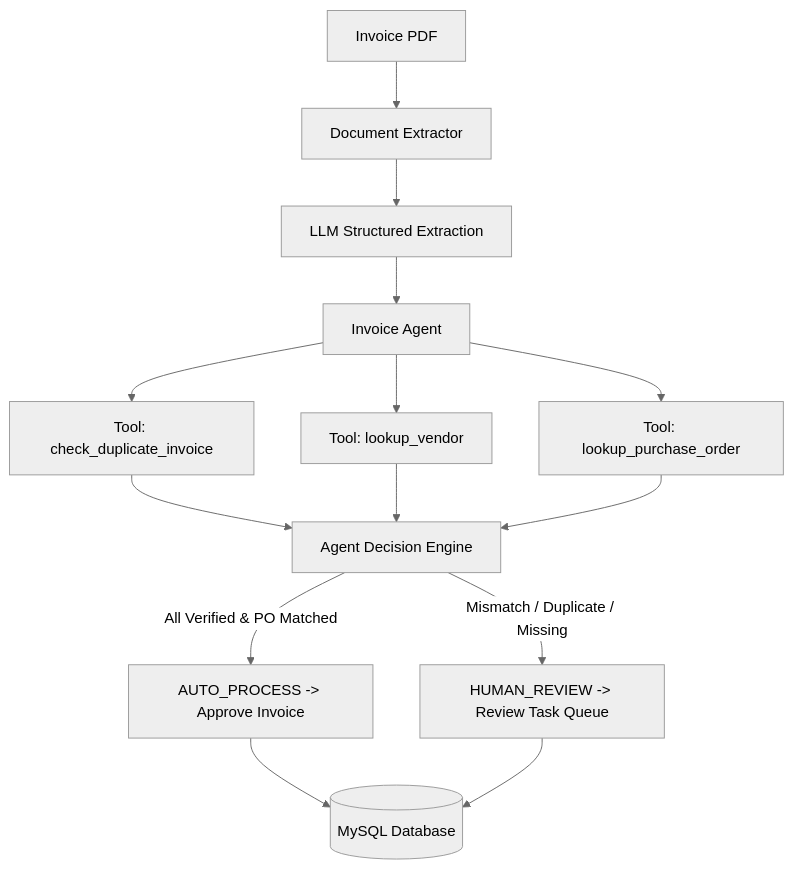
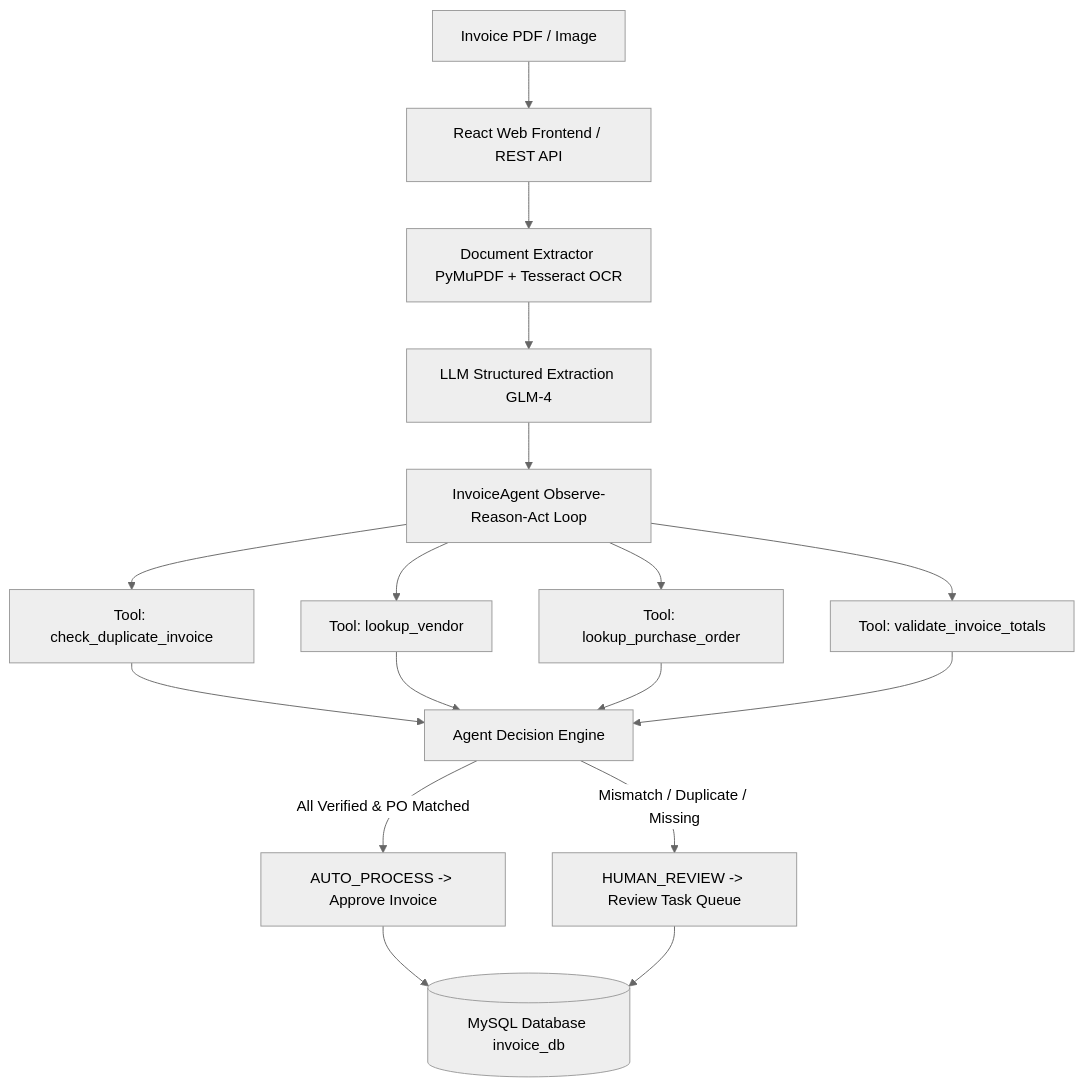
The diagram in README.md (Nekilesh001/invoice-processing-workflow), drawn with Mermaid (neutral theme) before and after one commit. The commit also changed other lines of this file, not shown here.

Commit message:
docs: update README with React Web Frontend and WebGL 3D Prism documentation

````diff
--- a/README.md
+++ b/README.md
@@ -46,20 +30,23 @@
 ```mermaid
 flowchart TD
-    A[Invoice PDF] --> B[Document Extractor]
-    B --> C[LLM Structured Extraction]
-    C --> D[Invoice Agent]
+    A[Invoice PDF / Image] --> B[React Web Frontend / REST API]
+    B --> C[Document Extractor PyMuPDF + Tesseract OCR]
+    C --> D[LLM Structured Extraction GLM-4]
+    D --> E[InvoiceAgent Observe-Reason-Act Loop]
     
-    D --> E[Tool: check_duplicate_invoice]
-    D --> F[Tool: lookup_vendor]
-    D --> G[Tool: lookup_purchase_order]
+    E --> F[Tool: check_duplicate_invoice]
+    E --> G[Tool: lookup_vendor]
+    E --> H[Tool: lookup_purchase_order]
+    E --> I[Tool: validate_invoice_totals]
     
-    E --> H[Agent Decision Engine]
-    F --> H
-    G --> H
+    F --> J[Agent Decision Engine]
+    G --> J
+    H --> J
+    I --> J
     
-    H -- All Verified & PO Matched --> I[AUTO_PROCESS -> Approve Invoice]
-    H -- Mismatch / Duplicate / Missing --> J[HUMAN_REVIEW -> Review Task Queue]
+    J -- All Verified & PO Matched --> K[AUTO_PROCESS -> Approve Invoice]
+    J -- Mismatch / Duplicate / Missing --> L[HUMAN_REVIEW -> Review Task Queue]
     
-    I --> K[(MySQL Database)]
-    J --> K
+    K --> M[(MySQL Database invoice_db)]
+    L --> M
 ```
````
